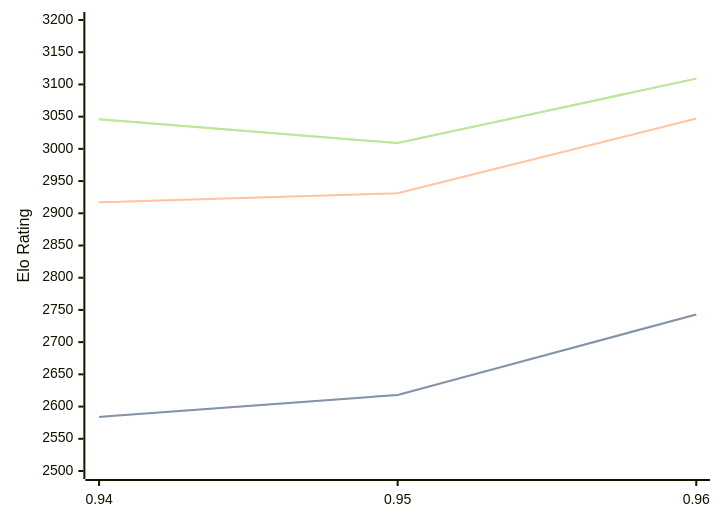
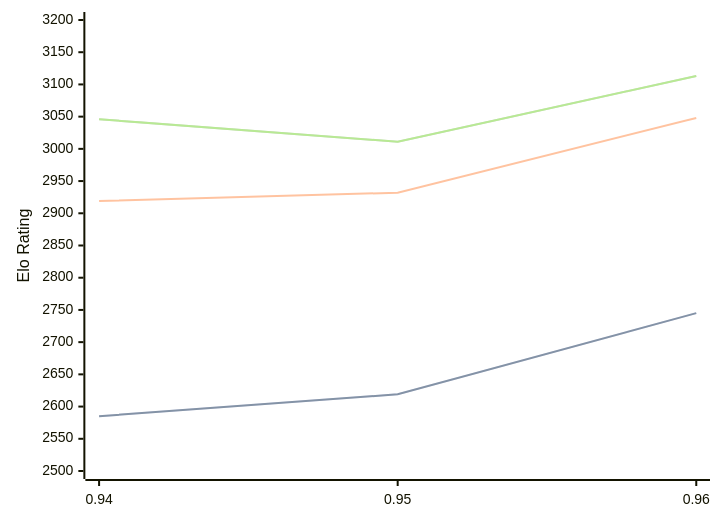
The third of 3 diagrams in engines/Myrddin.md (computer-chess-index/cci), drawn with Mermaid before and after one commit. The commit also changed other lines of this file, not shown here.

Commit message:
Update CCI Ratings (ELO VLTC) - 2026-06-30

````diff
--- a/engines/Myrddin.md
+++ b/engines/Myrddin.md
@@ -71,11 +71,11 @@
 ```mermaid
 %%{init: {"theme":"base","themeVariables":{"seriesColors:['#a3a3a3','#222221','#faa371']}}}%%
 xychart-beta
   x-axis ["0.94", "0.95", "0.96"]
   y-axis "Elo Rating" 2500 --> 3200
-  line "STC (8.0+0.08s)" [2584, 2618, 2743]
-  line "STC (8.0+0.08s)" [2584, 2618, 2743]
-  line "LTC (60.0+0.60s)" [2917, 2931, 3047]
-  line "VLTC (2m24s+1.12s)" [3046, 3009, 3109]
-  line "VLTC (2m24s+1.12s)" [3046, 3009, 3109]
+  line "STC (8.0+0.08s)" [2585, 2619, 2745]
+  line "STC (8.0+0.08s)" [2585, 2619, 2745]
+  line "LTC (60.0+0.60s)" [2919, 2932, 3048]
+  line "VLTC (2m24s+1.12s)" [3046, 3011, 3113]
+  line "VLTC (2m24s+1.12s)" [3046, 3011, 3113]
 ```
````
